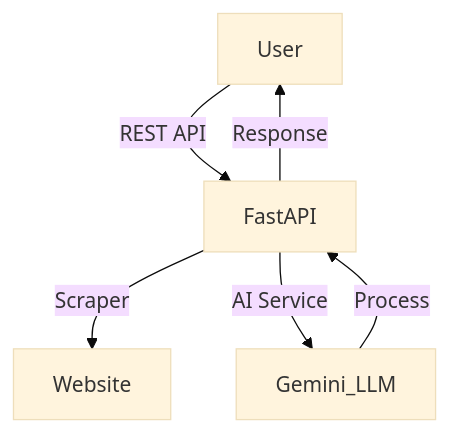
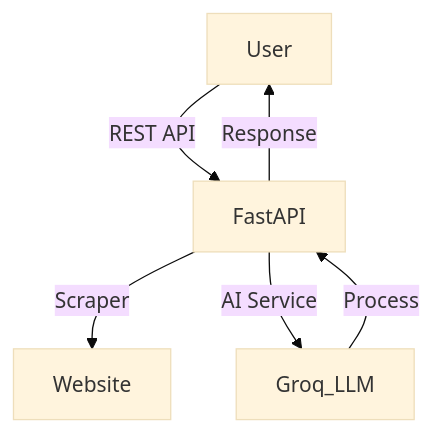
Before and after one commit to girirajbidwai/business-intelligence-ai: the diagram in README.md, drawn with Mermaid (base theme). The commit also changed other lines of this file and 2 other files, not shown here.

Commit message:
Optimize chat/analysis prompts, update README for Groq, default URL to firmable.com

````diff
--- a/README.md
+++ b/README.md
@@ -14,8 +14,8 @@
 ```mermaid
 graph TD
     User-->|REST API| FastAPI
     FastAPI-->|Scraper| Website
-    FastAPI-->|AI Service| Gemini_LLM
-    Gemini_LLM-->|Process| FastAPI
+    FastAPI-->|AI Service| Groq_LLM
+    Groq_LLM-->|Process| FastAPI
     FastAPI-->|Response| User
 ```
````
